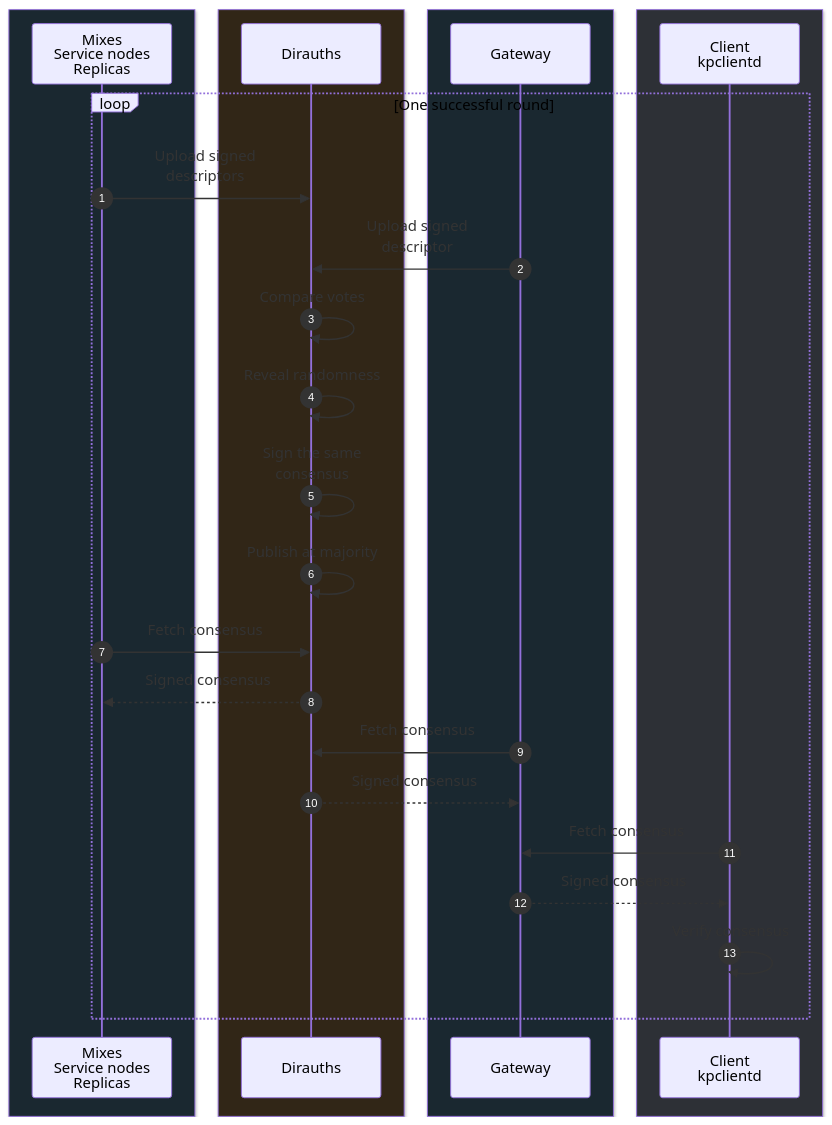
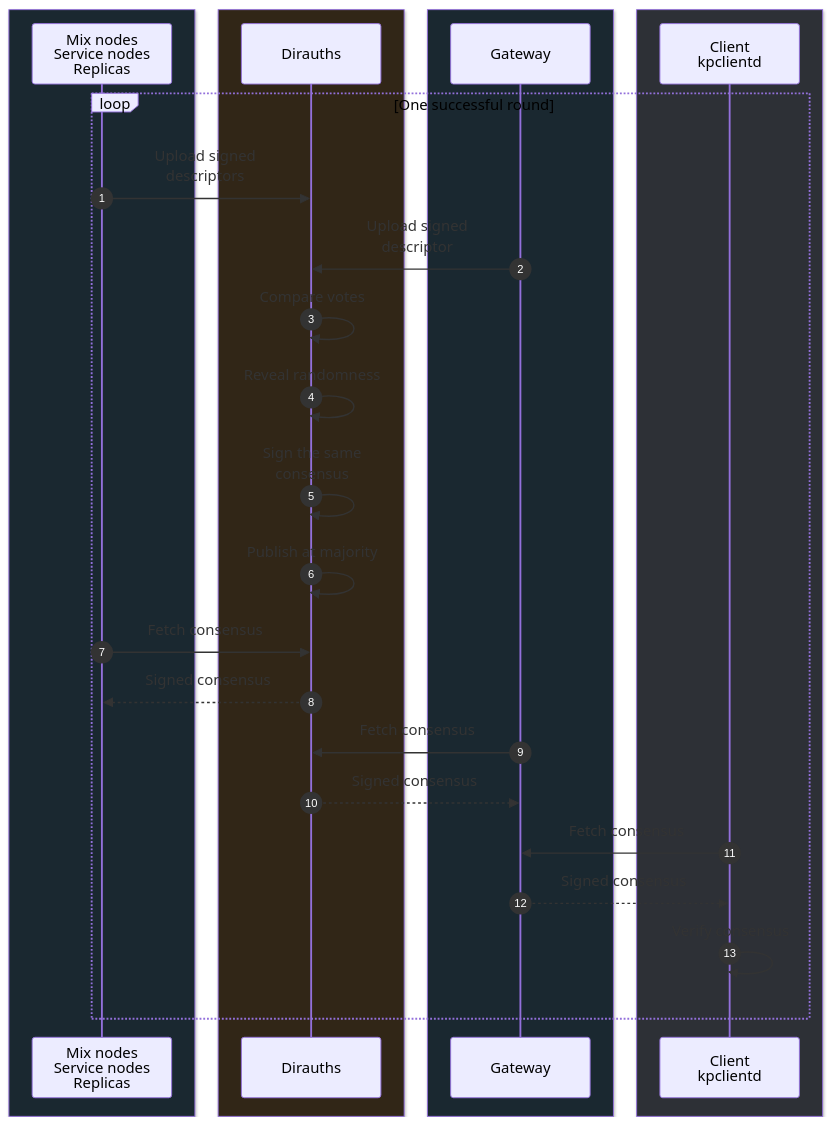
The sixth of 19 diagrams in content/en/docs/specs/dirauth.md (katzenpost/website), drawn with Mermaid before and after one commit. The commit also changed other lines of this file, not shown here.

````diff
--- a/content/en/docs/specs/dirauth.md
+++ b/content/en/docs/specs/dirauth.md
@@ -437,35 +437,35 @@
 ```mermaid
 sequenceDiagram
     %% panel: network
     %% actors: N=other-servers,D=authority,G=gateway,C=client
     accTitle: Directory round
-    accDescr: Mixes, service nodes, replicas, and gateways upload signed descriptors. Dirauths compare votes, reveal randomness, and collect majority signatures. Servers fetch the signed consensus. Clients fetch it through gateways and verify it before use. Each role follows its configured fetch schedule.
+    accDescr: Mix nodes, service nodes, replicas, and gateways upload signed descriptors. Dirauths compare votes, reveal randomness, and collect majority signatures. Servers fetch the signed consensus. Clients fetch it through gateways and verify it before use. Each role follows its configured fetch schedule.
     autonumber
     box rgb(26,40,48)
-        participant N as Mixes<br/>Service nodes<br/>Replicas
+        participant N as Mix nodes<br/>Service nodes<br/>Replicas
     end
     box rgb(49,38,23)
         participant D as Dirauths
     end
     box rgb(26,40,48)
         participant G as Gateway
     end
     box rgb(45,48,54)
         participant C as Client<br/>kpclientd
     end
     loop One successful round
         N->>D: Upload signed<br/>descriptors
         G->>D: Upload signed<br/>descriptor
         D->>D: Compare votes
         D->>D: Reveal randomness
         D->>D: Sign the same<br/>consensus
         D->>D: Publish at majority
         N->>D: Fetch consensus
         D-->>N: Signed consensus
         G->>D: Fetch consensus
         D-->>G: Signed consensus
         C->>G: Fetch consensus
         G-->>C: Signed consensus
         C->>C: Verify consensus
     end
 ```
````
